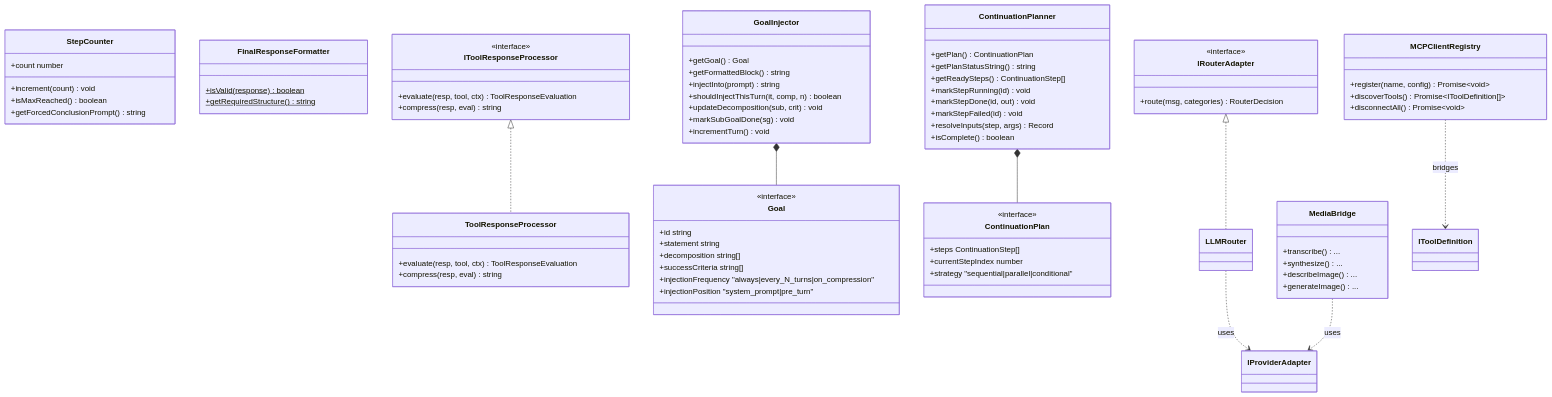
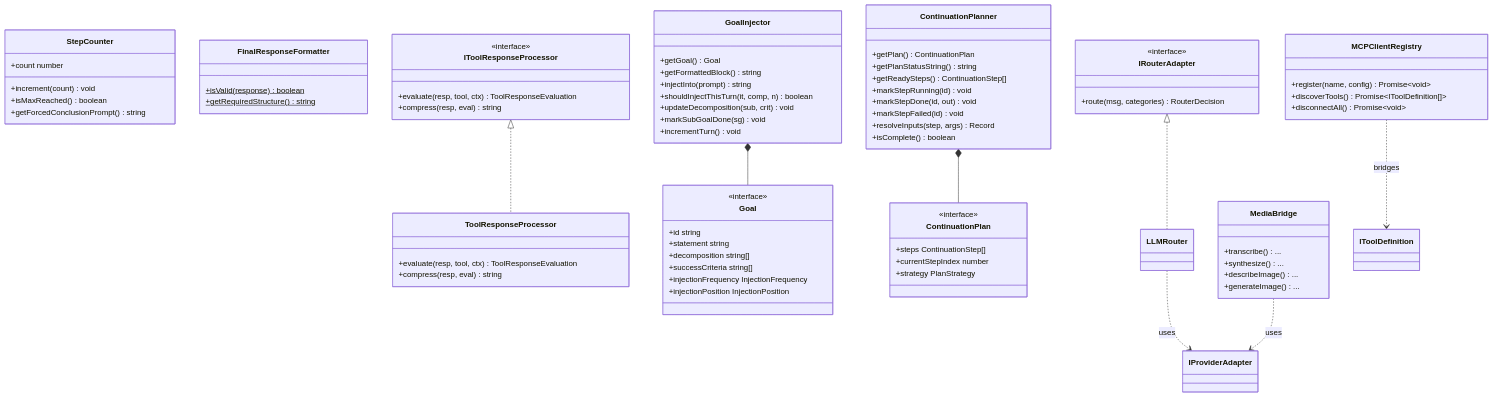
Before and after one commit to rzafiamy/lemura: the third of 3 diagrams in docs/guides/class-diagram.md, drawn with Mermaid. The commit also changed other lines of this file and 1 other file, not shown here.

Commit message:
refactor(docs): update class and use case diagrams for improved clarity and consistency

```diff
--- a/docs/guides/class-diagram.md
+++ b/docs/guides/class-diagram.md
@@ -222,8 +222,8 @@
         +statement string
         +decomposition string[]
         +successCriteria string[]
-        +injectionFrequency "always|every_N_turns|on_compression"
-        +injectionPosition "system_prompt|pre_turn"
+        +injectionFrequency InjectionFrequency
+        +injectionPosition InjectionPosition
     }
     GoalInjector *-- Goal
 
@@ -241,7 +241,7 @@
         <<interface>>
         +steps ContinuationStep[]
         +currentStepIndex number
-        +strategy "sequential|parallel|conditional"
+        +strategy PlanStrategy
     }
     ContinuationPlanner *-- ContinuationPlan
 
```
